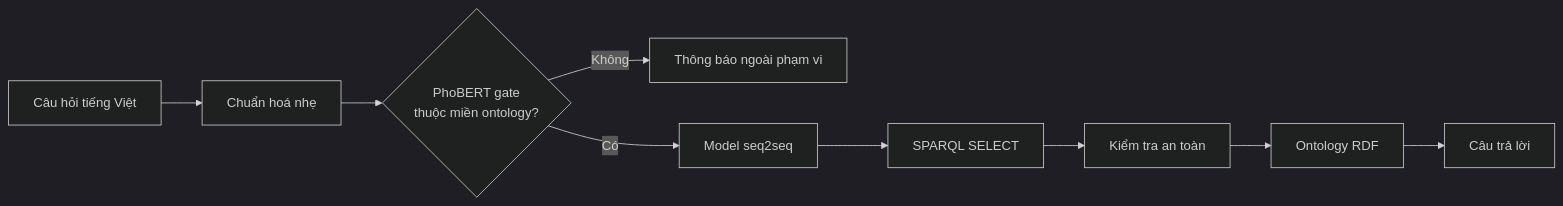
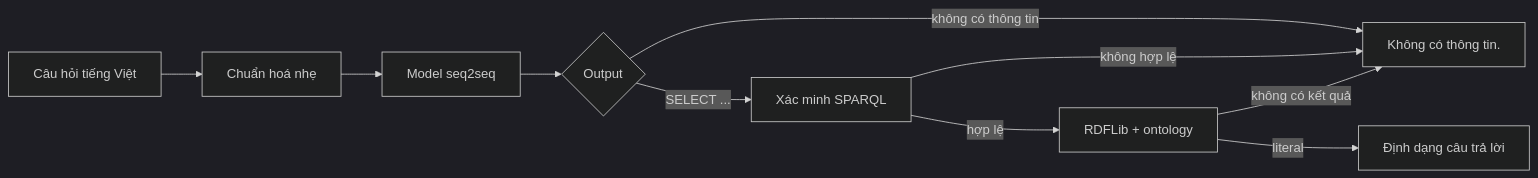
Before and after one commit to vpthinh19/ontology-chatbot: the diagram in README.md, drawn with Mermaid (dark theme). The commit also changed other lines of this file and 17 other files, not shown here.

Commit message:
Document unified seq2seq architecture

````diff
--- a/README.md
+++ b/README.md
@@ -6,11 +19,12 @@
 ```mermaid
 flowchart LR
     Q["Câu hỏi tiếng Việt"] --> N["Chuẩn hoá nhẹ"]
-    N --> G{"PhoBERT gate<br/>thuộc miền ontology?"}
-    G -- "Không" --> X["Thông báo ngoài phạm vi"]
-    G -- "Có" --> M["Model seq2seq"]
-    M --> S["SPARQL SELECT"]
-    S --> V["Kiểm tra an toàn"]
-    V --> O["Ontology RDF"]
-    O --> A["Câu trả lời"]
+    N --> M["Model seq2seq"]
+    M --> D{"Output"}
+    D -- "không có thông tin" --> X["Không có thông tin."]
+    D -- "SELECT ..." --> V["Xác minh SPARQL"]
+    V -- "không hợp lệ" --> X
+    V -- "hợp lệ" --> O["RDFLib + ontology"]
+    O -- "không có kết quả" --> X
+    O -- "literal" --> R["Định dạng câu trả lời"]
 ```
````
